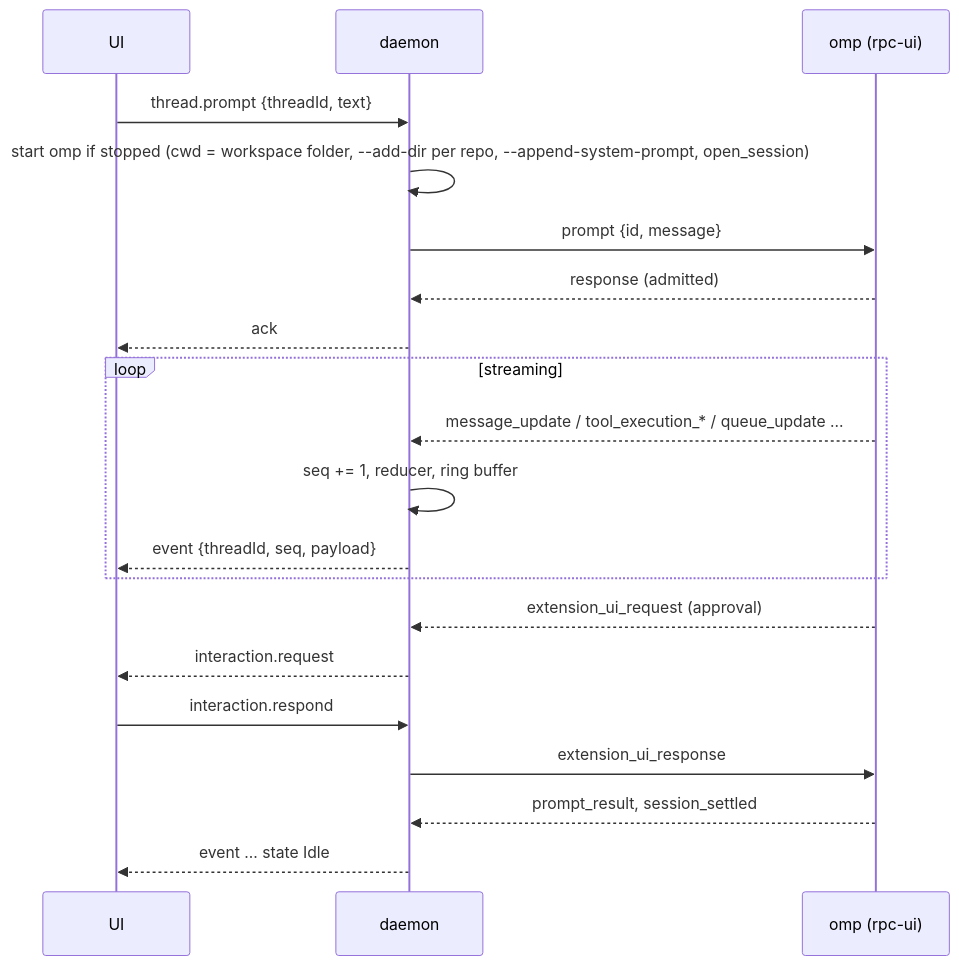
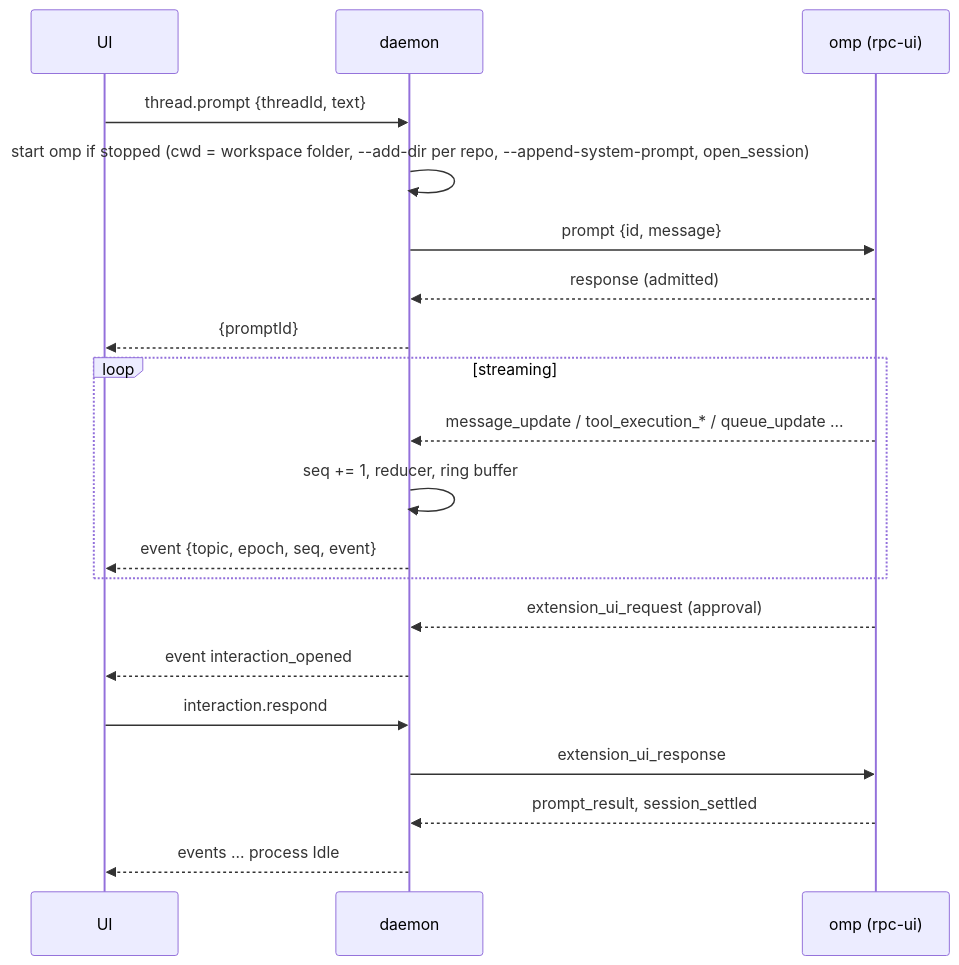
Before and after one commit to TonioGela/omfp: the third of 3 diagrams in docs/specs/00-overview.md, drawn with Mermaid. The commit also changed other lines of this file and 257 other files, not shown here.

````diff
--- a/docs/specs/00-overview.md
+++ b/docs/specs/00-overview.md
@@ -109,22 +90,22 @@
 ```mermaid
 sequenceDiagram
   participant UI
   participant D as daemon
   participant O as omp (rpc-ui)
   UI->>D: thread.prompt {threadId, text}
   D->>D: start omp if stopped (cwd = workspace folder, --add-dir per repo, --append-system-prompt, open_session)
   D->>O: prompt {id, message}
   O-->>D: response (admitted)
-  D-->>UI: ack
+  D-->>UI: {promptId}
   loop streaming
     O-->>D: message_update / tool_execution_* / queue_update ...
     D->>D: seq += 1, reducer, ring buffer
-    D-->>UI: event {threadId, seq, payload}
+    D-->>UI: event {topic, epoch, seq, event}
   end
   O-->>D: extension_ui_request (approval)
-  D-->>UI: interaction.request
+  D-->>UI: event interaction_opened
   UI->>D: interaction.respond
   D->>O: extension_ui_response
   O-->>D: prompt_result, session_settled
-  D-->>UI: event ... state Idle
+  D-->>UI: events ... process Idle
 ```
````
